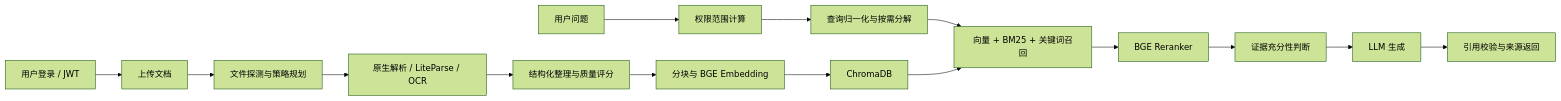
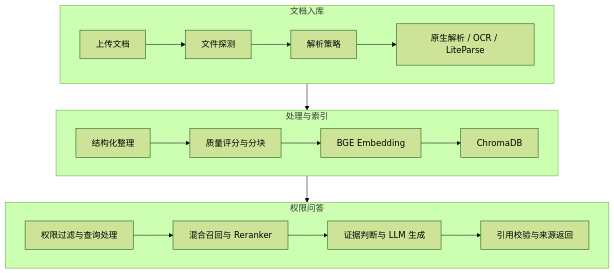
Before and after one commit to Redamancy39/rag-agent: the diagram in README.md, drawn with Mermaid (forest theme). The commit also changed 2 other files, not shown here.

Commit message:
docs: prepare repository for public release

````diff
--- a/README.md
+++ b/README.md
@@ -20,17 +20,26 @@
 ```mermaid
-flowchart LR
-    A["用户登录 / JWT"] --> B["上传文档"]
-    B --> C["文件探测与策略规划"]
-    C --> D["原生解析 / LiteParse / OCR"]
-    D --> E["结构化整理与质量评分"]
-    E --> F["分块与 BGE Embedding"]
-    F --> G["ChromaDB"]
-    H["用户问题"] --> I["权限范围计算"]
-    I --> J["查询归一化与按需分解"]
-    J --> K["向量 + BM25 + 关键词召回"]
-    G --> K
-    K --> L["BGE Reranker"]
-    L --> M["证据充分性判断"]
-    M --> N["LLM 生成"]
-    N --> O["引用校验与来源返回"]
+flowchart TB
+    subgraph INGEST["文档入库"]
+        direction LR
+        A["上传文档"] --> B["文件探测"]
+        B --> C["解析策略"]
+        C --> D["原生解析 / OCR / LiteParse"]
+    end
+
+    subgraph INDEX["处理与索引"]
+        direction LR
+        E["结构化整理"] --> F["质量评分与分块"]
+        F --> G["BGE Embedding"]
+        G --> H["ChromaDB"]
+    end
+
+    subgraph QA["权限问答"]
+        direction LR
+        I["权限过滤与查询处理"] --> J["混合召回与 Reranker"]
+        J --> K["证据判断与 LLM 生成"]
+        K --> L["引用校验与来源返回"]
+    end
+
+    D --> E
+    H --> J
 ```
````
